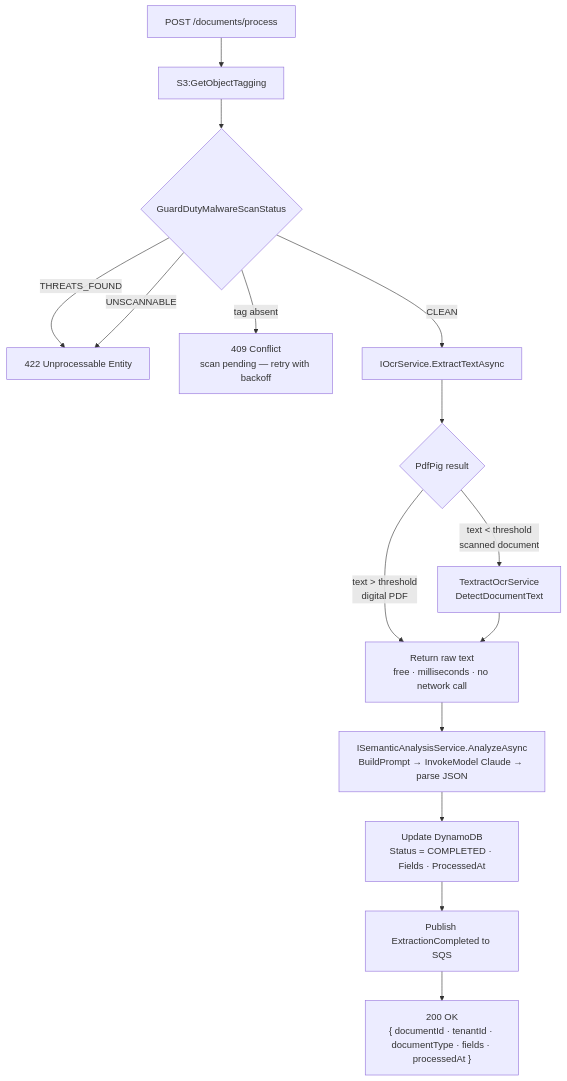
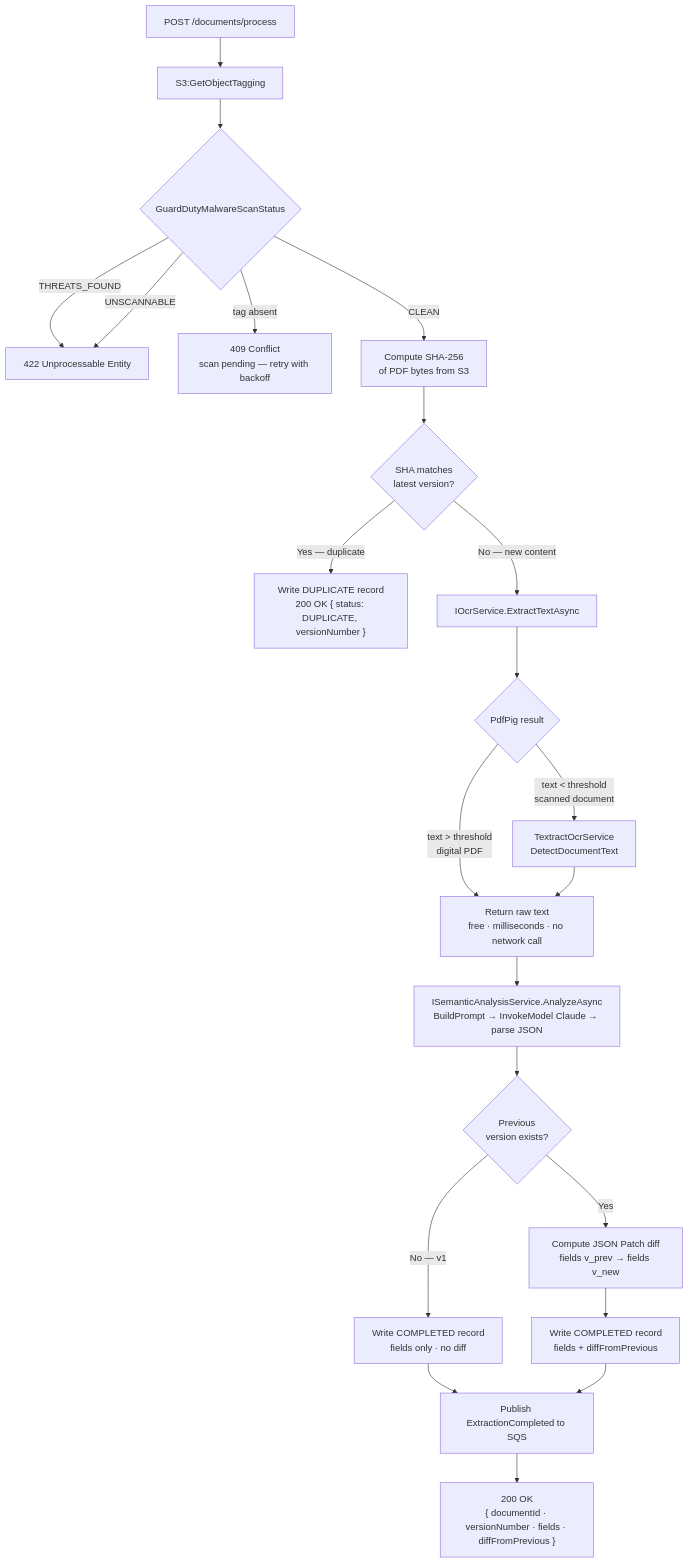
The fourth of 6 diagrams in docs/data-flow.md (cincuentaydos/DocLens.Docs), drawn with Mermaid before and after one commit. The commit also changed other lines of this file and 4 other files, not shown here.

````diff
--- a/docs/data-flow.md
+++ b/docs/data-flow.md
@@ -81,20 +92,27 @@
 ```mermaid
 flowchart TD
     A["POST /documents/process"] --> B["S3:GetObjectTagging"]
     B --> C{GuardDutyMalwareScanStatus}
 
     C -->|THREATS_FOUND| D["422 Unprocessable Entity"]
     C -->|UNSCANNABLE| D
     C -->|tag absent| E["409 Conflict\nscan pending — retry with backoff"]
-    C -->|CLEAN| F["IOcrService.ExtractTextAsync"]
+    C -->|CLEAN| F["Compute SHA-256\nof PDF bytes from S3"]
+    F --> G{SHA matches\nlatest version?}
+    G -->|Yes — duplicate| H["Write DUPLICATE record\n200 OK { status: DUPLICATE, versionNumber }"]
+    G -->|No — new content| I["IOcrService.ExtractTextAsync"]
 
-    F --> G{PdfPig result}
-    G -->|"text > threshold\ndigital PDF"| H["Return raw text\nfree · milliseconds · no network call"]
-    G -->|"text < threshold\nscanned document"| I["TextractOcrService\nDetectDocumentText"]
-    I --> H
+    I --> J{PdfPig result}
+    J -->|"text > threshold\ndigital PDF"| K["Return raw text\nfree · milliseconds · no network call"]
+    J -->|"text < threshold\nscanned document"| L["TextractOcrService\nDetectDocumentText"]
+    L --> K
 
-    H --> J["ISemanticAnalysisService.AnalyzeAsync\nBuildPrompt → InvokeModel Claude → parse JSON"]
-    J --> K["Update DynamoDB\nStatus = COMPLETED · Fields · ProcessedAt"]
-    K --> L["Publish ExtractionCompleted to SQS"]
-    L --> M["200 OK\n{ documentId · tenantId · documentType · fields · processedAt }"]
+    K --> M["ISemanticAnalysisService.AnalyzeAsync\nBuildPrompt → InvokeModel Claude → parse JSON"]
+    M --> N{Previous\nversion exists?}
+    N -->|No — v1| O["Write COMPLETED record\nfields only · no diff"]
+    N -->|Yes| P["Compute JSON Patch diff\nfields v_prev → fields v_new"]
+    P --> Q["Write COMPLETED record\nfields + diffFromPrevious"]
+    O --> R["Publish ExtractionCompleted to SQS"]
+    Q --> R
+    R --> S["200 OK\n{ documentId · versionNumber · fields · diffFromPrevious }"]
 ```
````
